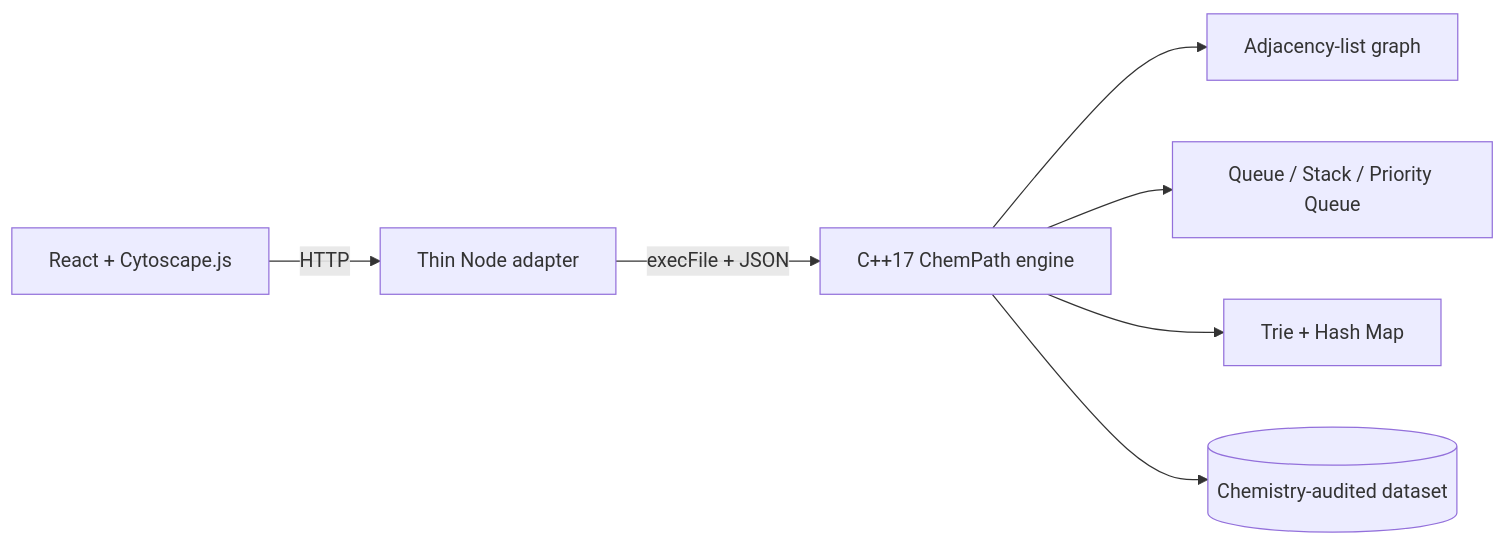
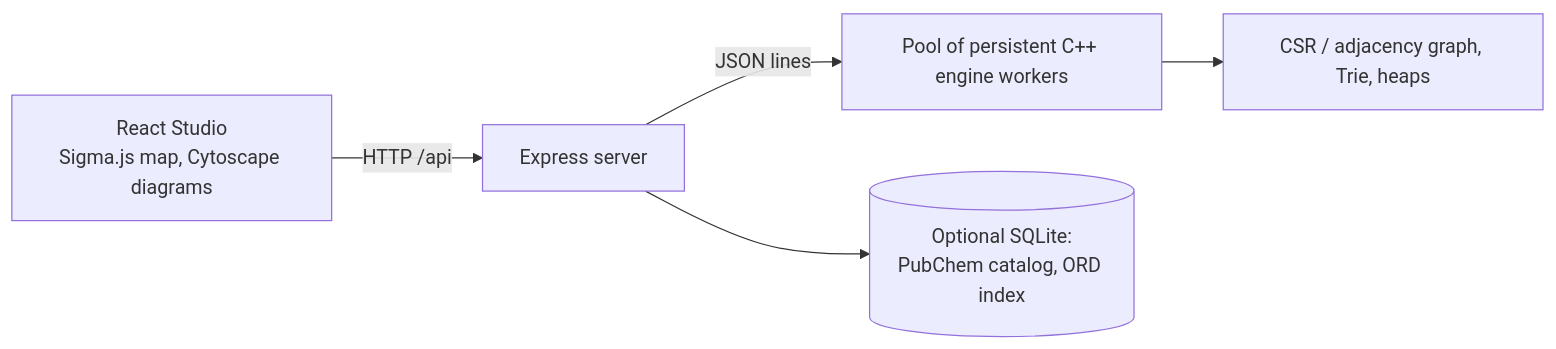
One commit to parthdongre/ChemPath changed the diagram in README.md. Above: the diagram before and after it, drawn with Mermaid. The commit also changed other lines of this file and 7 other files, not shown here.

````diff
--- a/README.md
+++ b/README.md
@@ -516,9 +33,7 @@
-~~~mermaid
+```mermaid
 flowchart LR
-    UI[React + Cytoscape.js] -->|HTTP| API[Thin Node adapter]
-    API -->|execFile + JSON| CPP[C++17 ChemPath engine]
-    CPP --> G[Adjacency-list graph]
-    CPP --> Q[Queue / Stack / Priority Queue]
-    CPP --> T[Trie + Hash Map]
-    CPP --> D[(Chemistry-audited dataset)]
-~~~
+    UI[React Studio<br/>Sigma.js map, Cytoscape diagrams] -->|HTTP /api| API[Express server]
+    API -->|JSON lines| POOL[Pool of persistent C++ engine workers]
+    POOL --> G[CSR / adjacency graph, Trie, heaps]
+    API --> SQL[(Optional SQLite:<br/>PubChem catalog, ORD index)]
+```
````
